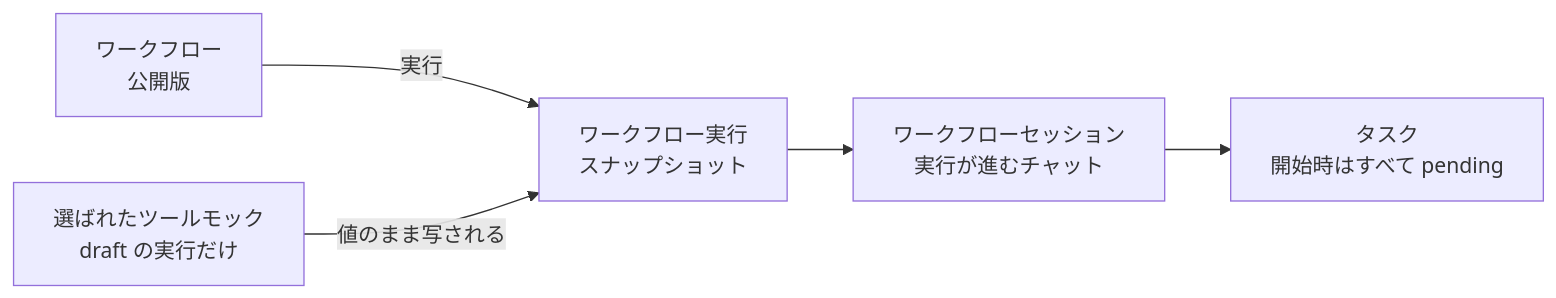
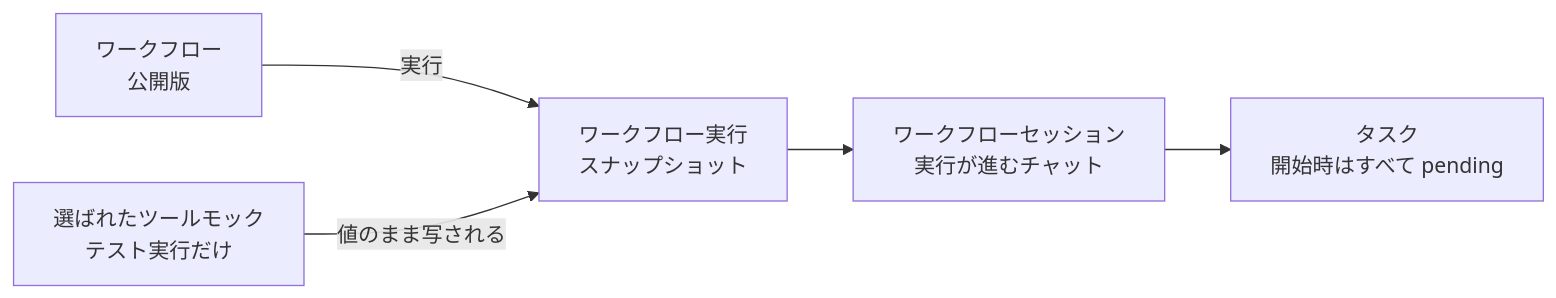
The first of 2 diagrams in website/i18n/ja/docusaurus-plugin-content-docs/current/architecture/workflow-execution.md (kaitoy/a2flow), drawn with Mermaid before and after one commit. The commit also changed other lines of this file and 37 other files, not shown here.

````diff
--- a/website/i18n/ja/docusaurus-plugin-content-docs/current/architecture/workflow-execution.md
+++ b/website/i18n/ja/docusaurus-plugin-content-docs/current/architecture/workflow-execution.md
@@ -10,7 +10,7 @@
 ```mermaid
 flowchart LR
   W["ワークフロー<br/>公開版"] -->|"実行"| X["ワークフロー実行<br/>スナップショット"]
-  MK["選ばれたツールモック<br/>draft の実行だけ"] -->|"値のまま写される"| X
+  MK["選ばれたツールモック<br/>テスト実行だけ"] -->|"値のまま写される"| X
   X --> C["ワークフローセッション<br/>実行が進むチャット"]
   C --> T["タスク<br/>開始時はすべて pending"]
 ```
````
